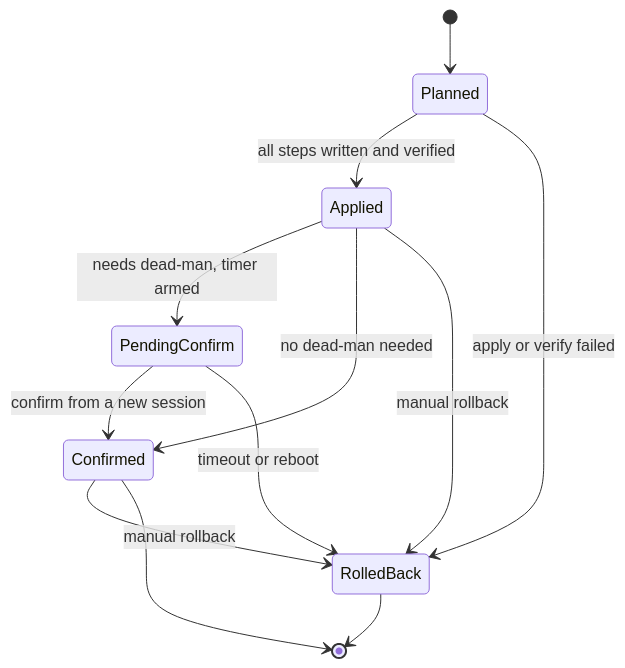
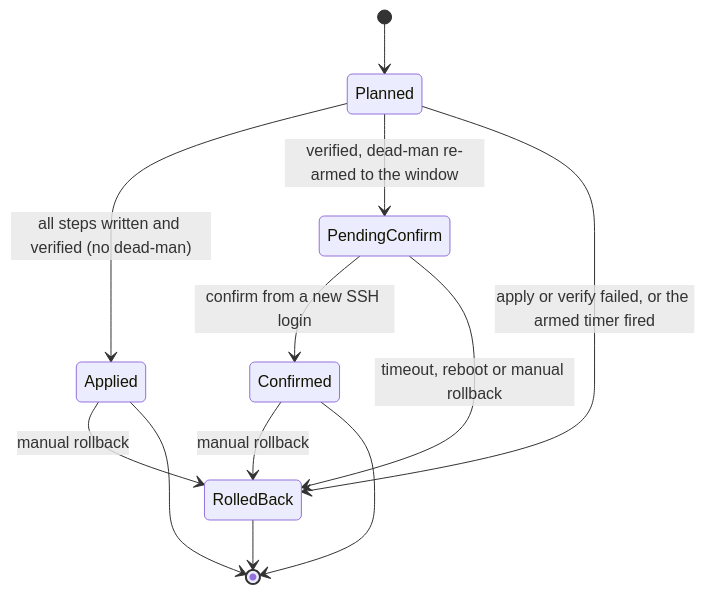
One commit to bhimrazy/vps-ready changed the second of 3 diagrams in docs/architecture.md. Above: the diagram before and after it, drawn with Mermaid. The commit also changed other lines of this file and 6 other files, not shown here.

````diff
--- a/docs/architecture.md
+++ b/docs/architecture.md
@@ -188,14 +200,14 @@
 ```mermaid
 stateDiagram-v2
   [*] --> Planned
-  Planned --> Applied: all steps written and verified
-  Planned --> RolledBack: apply or verify failed
-  Applied --> PendingConfirm: needs dead-man, timer armed
-  Applied --> Confirmed: no dead-man needed
+  Planned --> Applied: all steps written and verified (no dead-man)
+  Planned --> PendingConfirm: verified, dead-man re-armed to the window
+  Planned --> RolledBack: apply or verify failed, or the armed timer fired
   Applied --> RolledBack: manual rollback
-  PendingConfirm --> Confirmed: confirm from a new session
-  PendingConfirm --> RolledBack: timeout or reboot
+  PendingConfirm --> Confirmed: confirm from a new SSH login
+  PendingConfirm --> RolledBack: timeout, reboot or manual rollback
   Confirmed --> RolledBack: manual rollback
+  Applied --> [*]
   Confirmed --> [*]
   RolledBack --> [*]
 ```
````
